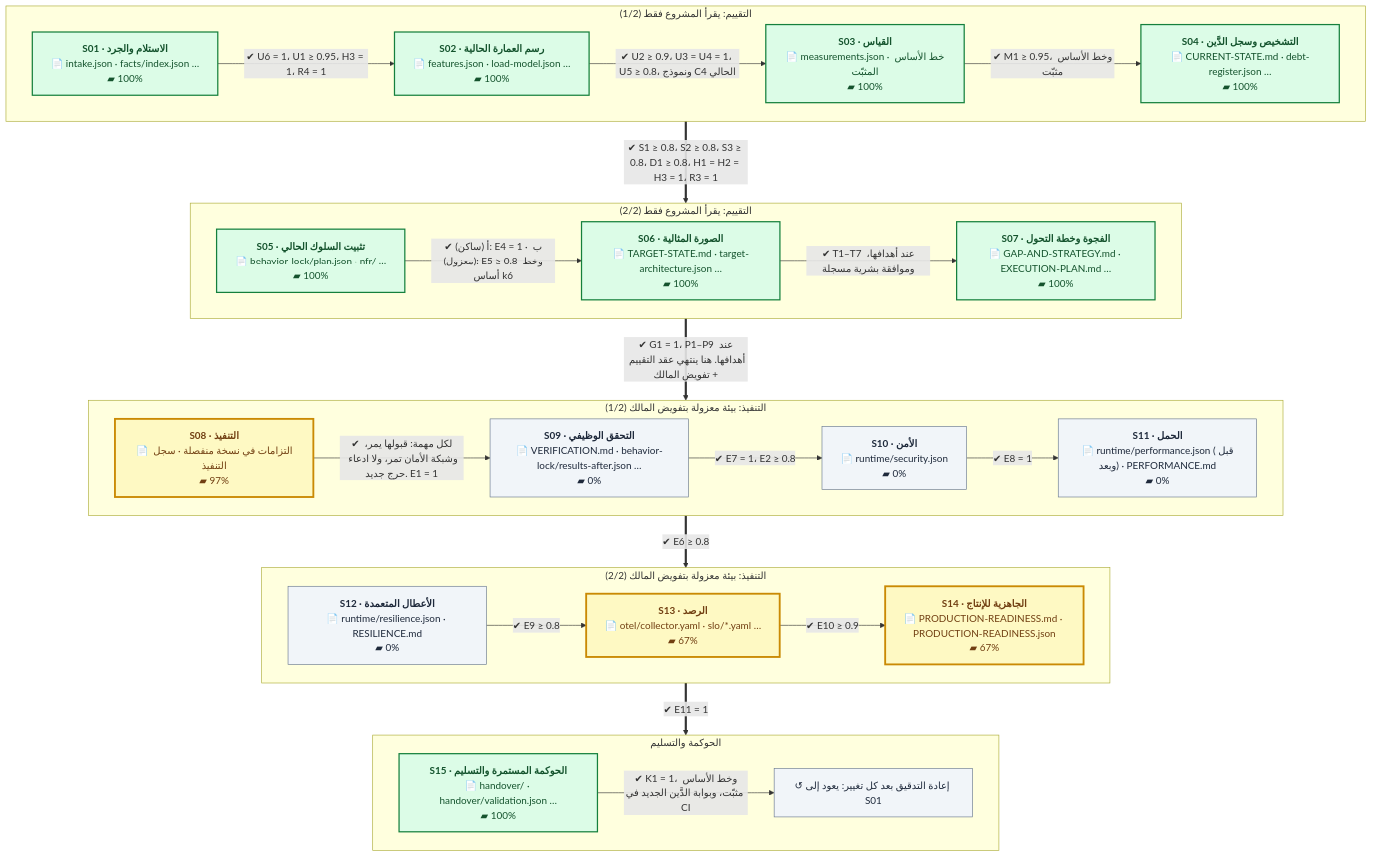
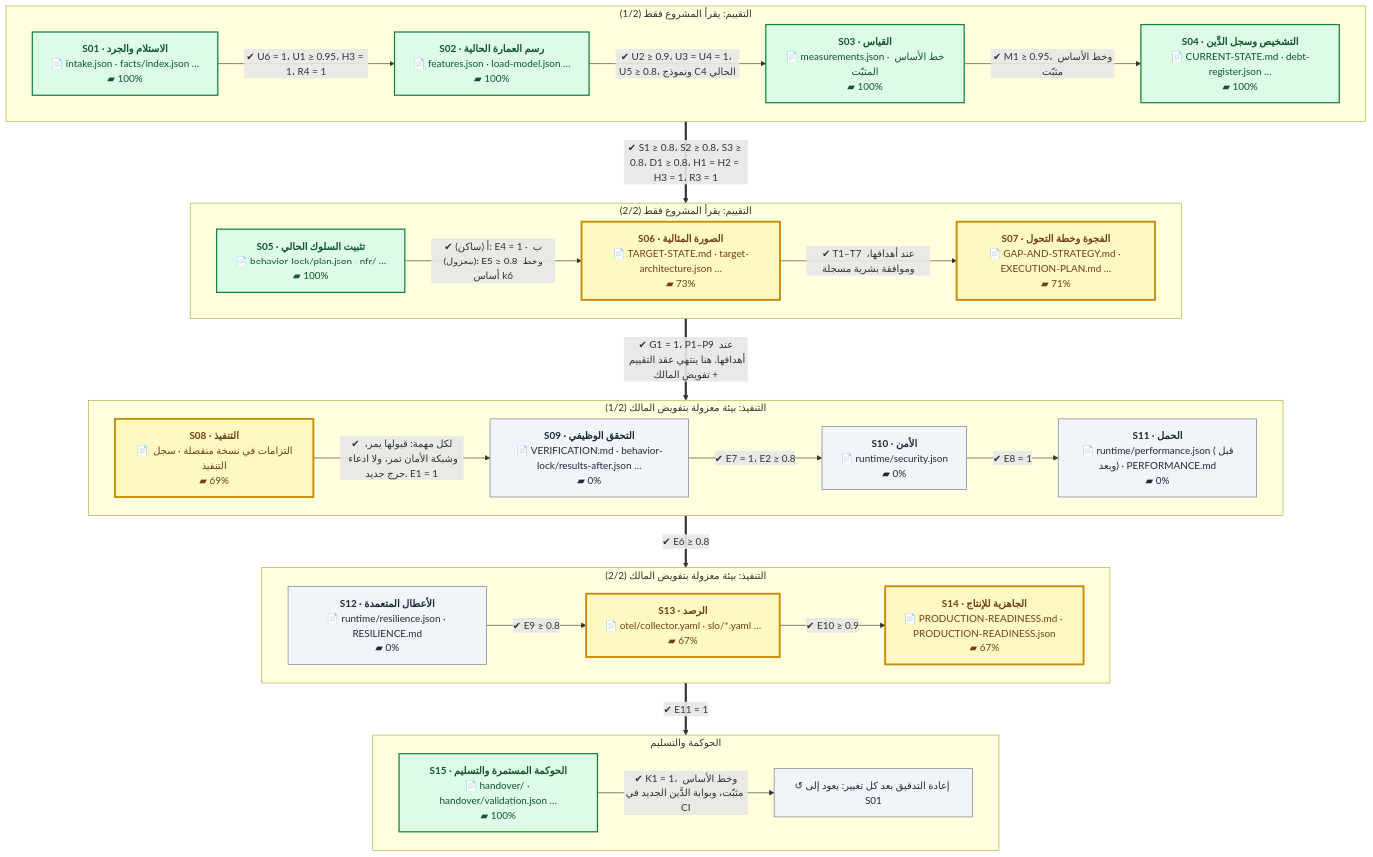
Before and after one commit to eom1417/engineering-audit-os: the first of 2 diagrams in README.md, drawn with Mermaid. The commit also changed other lines of this file and 15 other files, not shown here.

````diff
--- a/README.md
+++ b/README.md
@@ -52,54 +52,54 @@
 ```mermaid
 %%{init: {'flowchart': {'wrappingWidth': 260, 'nodeSpacing': 40, 'rankSpacing': 60}}}%%
 flowchart TB
     subgraph P1["التقييم: يقرأ المشروع فقط (1/2)"]
         direction LR
         S01["<b>S01 · الاستلام والجرد</b><br/>📄 intake.json · facts/index.json …<br/>▰ 100%"]:::done
         S02["<b>S02 · رسم العمارة الحالية</b><br/>📄 features.json · load-model.json …<br/>▰ 100%"]:::done
         S03["<b>S03 · القياس</b><br/>📄 measurements.json · خط الأساس المثبّت<br/>▰ 100%"]:::done
         S04["<b>S04 · التشخيص وسجل الدَّين</b><br/>📄 CURRENT-STATE.md · debt-register.json …<br/>▰ 100%"]:::done
         S01 -->|"✔ U6 = 1، U1 ≥ 0.95، H3 = 1، R4 = 1"| S02
         S02 -->|"✔ U2 ≥ 0.9، U3 = U4 = 1، U5 ≥ 0.8، ونموذج C4 الحالي"| S03
         S03 -->|"✔ M1 ≥ 0.95، وخط الأساس مثبّت"| S04
     end
     subgraph P2["التقييم: يقرأ المشروع فقط (2/2)"]
         direction LR
         S05["<b>S05 · تثبيت السلوك الحالي</b><br/>📄 behavior-lock/plan.json · nfr/ …<br/>▰ 100%"]:::done
-        S06["<b>S06 · الصورة المثالية</b><br/>📄 TARGET-STATE.md · target-architecture.json …<br/>▰ 100%"]:::done
-        S07["<b>S07 · الفجوة وخطة التحول</b><br/>📄 GAP-AND-STRATEGY.md · EXECUTION-PLAN.md …<br/>▰ 100%"]:::done
+        S06["<b>S06 · الصورة المثالية</b><br/>📄 TARGET-STATE.md · target-architecture.json …<br/>▰ 73%"]:::current
+        S07["<b>S07 · الفجوة وخطة التحول</b><br/>📄 GAP-AND-STRATEGY.md · EXECUTION-PLAN.md …<br/>▰ 71%"]:::current
         S05 -->|"✔ أ (ساكن): E4 = 1 · ب (معزول): E5 ≥ 0.8 وخط أساس k6"| S06
         S06 -->|"✔ T1–T7 عند أهدافها، وموافقة بشرية مسجلة"| S07
     end
     subgraph P3["التنفيذ: بيئة معزولة بتفويض المالك (1/2)"]
         direction LR
-        S08["<b>S08 · التنفيذ</b><br/>📄 التزامات في نسخة منفصلة · سجل التنفيذ<br/>▰ 97%"]:::current
+        S08["<b>S08 · التنفيذ</b><br/>📄 التزامات في نسخة منفصلة · سجل التنفيذ<br/>▰ 69%"]:::current
         S09["<b>S09 · التحقق الوظيفي</b><br/>📄 VERIFICATION.md · behavior-lock/results-after.json …<br/>▰ 0%"]:::next
         S10["<b>S10 · الأمن</b><br/>📄 runtime/security.json<br/>▰ 0%"]:::next
         S11["<b>S11 · الحمل</b><br/>📄 runtime/performance.json (قبل وبعد) · PERFORMANCE.md<br/>▰ 0%"]:::next
         S08 -->|"✔ لكل مهمة: قبولها يمر، وشبكة الأمان تمر، ولا ادعاء حرج جديد. E1 = 1"| S09
         S09 -->|"✔ E7 = 1، E2 ≥ 0.8"| S10
         S10 -->|"✔ E8 = 1"| S11
     end
     subgraph P4["التنفيذ: بيئة معزولة بتفويض المالك (2/2)"]
         direction LR
         S12["<b>S12 · الأعطال المتعمدة</b><br/>📄 runtime/resilience.json · RESILIENCE.md<br/>▰ 0%"]:::next
         S13["<b>S13 · الرصد</b><br/>📄 otel/collector.yaml · slo/*.yaml …<br/>▰ 67%"]:::current
         S14["<b>S14 · الجاهزية للإنتاج</b><br/>📄 PRODUCTION-READINESS.md · PRODUCTION-READINESS.json<br/>▰ 67%"]:::current
         S12 -->|"✔ E9 ≥ 0.8"| S13
         S13 -->|"✔ E10 ≥ 0.9"| S14
     end
     subgraph P5["الحوكمة والتسليم"]
         direction LR
         S15["<b>S15 · الحوكمة المستمرة والتسليم</b><br/>📄 handover/ · handover/validation.json …<br/>▰ 100%"]:::done
         LOOP["↺ إعادة التدقيق بعد كل تغيير: يعود إلى S01"]:::next
         S15 -->|"✔ K1 = 1، وخط الأساس مثبّت، وبوابة الدَّين الجديد في CI"| LOOP
     end
     P1 ==>|"✔ S1 ≥ 0.8، S2 ≥ 0.8، S3 ≥ 0.8، D1 ≥ 0.8، H1 = H2 = H3 = 1، R3 = 1"| P2
     P2 ==>|"✔ G1 = 1، P1–P9 عند أهدافها. هنا ينتهي عقد التقييم + تفويض المالك"| P3
     P3 ==>|"✔ E6 ≥ 0.8"| P4
     P4 ==>|"✔ E11 = 1"| P5
     classDef done fill:#dcfce7,stroke:#15803d,color:#14532d,stroke-width:2px
     classDef current fill:#fef9c3,stroke:#ca8a04,color:#713f12,stroke-width:3px
     classDef next fill:#f1f5f9,stroke:#64748b,color:#1e293b
     classDef owner fill:#fee2e2,stroke:#b91c1c,color:#7f1d1d,stroke-dasharray:5 3
 ```
````
